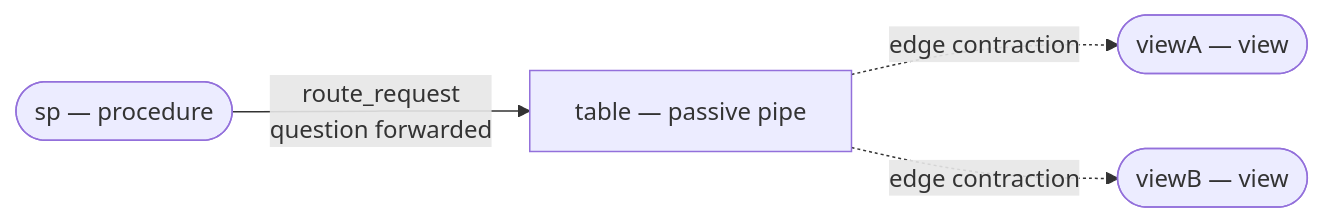
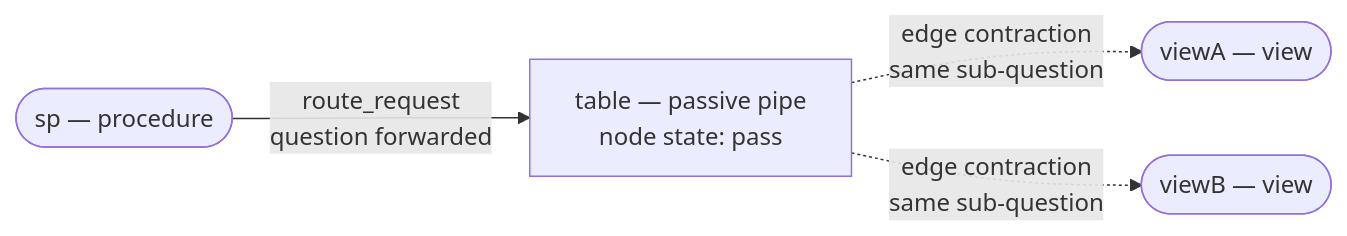
The third of 7 diagrams in docs/ARCHITECTURE.md (ChrisDevRepo/vscode_data_lineage), drawn with Mermaid before and after one commit. The commit also changed other lines of this file and 27 other files, not shown here.

````diff
--- a/docs/ARCHITECTURE.md
+++ b/docs/ARCHITECTURE.md
@@ -107,10 +108,10 @@
 ```mermaid
 graph LR
     SP([sp — procedure])
-    T[table — passive pipe]
+    T[table — passive pipe<br/>node state: pass]
     VA([viewA — view])
     VB([viewB — view])
     SP -->|route_request<br/>question forwarded| T
-    T -.->|edge contraction| VA
-    T -.->|edge contraction| VB
+    T -.->|edge contraction<br/>same sub-question| VA
+    T -.->|edge contraction<br/>same sub-question| VB
 ```
````
